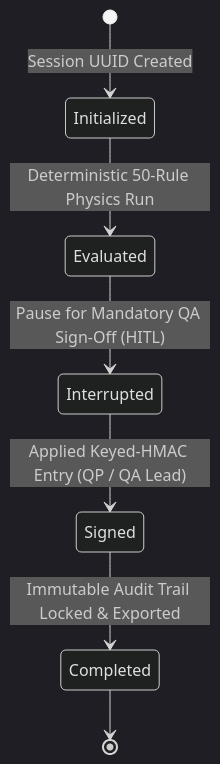
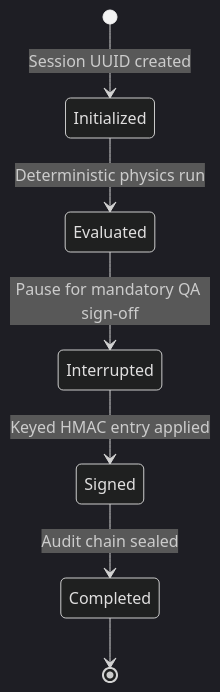
One commit to ROHITG41/PHARMA_CQV_ENGINE changed the second of 2 diagrams in README.md. Above: the diagram before and after it, drawn with Mermaid (dark theme). The commit also changed other lines of this file, not shown here.

````diff
--- a/README.md
+++ b/README.md
@@ -38,9 +42,9 @@
 ```mermaid
 stateDiagram-v2
-    [*] --> Initialized: Session UUID Created
-    Initialized --> Evaluated: Deterministic 50-Rule Physics Run
-    Evaluated --> Interrupted: Pause for Mandatory QA Sign-Off (HITL)
-    Interrupted --> Signed: Applied Keyed-HMAC Entry (QP / QA Lead)
-    Signed --> Completed: Immutable Audit Trail Locked & Exported
+    [*] --> Initialized: Session UUID created
+    Initialized --> Evaluated: Deterministic physics run
+    Evaluated --> Interrupted: Pause for mandatory QA sign-off
+    Interrupted --> Signed: Keyed HMAC entry applied
+    Signed --> Completed: Audit chain sealed
     Completed --> [*]
 ```
````
